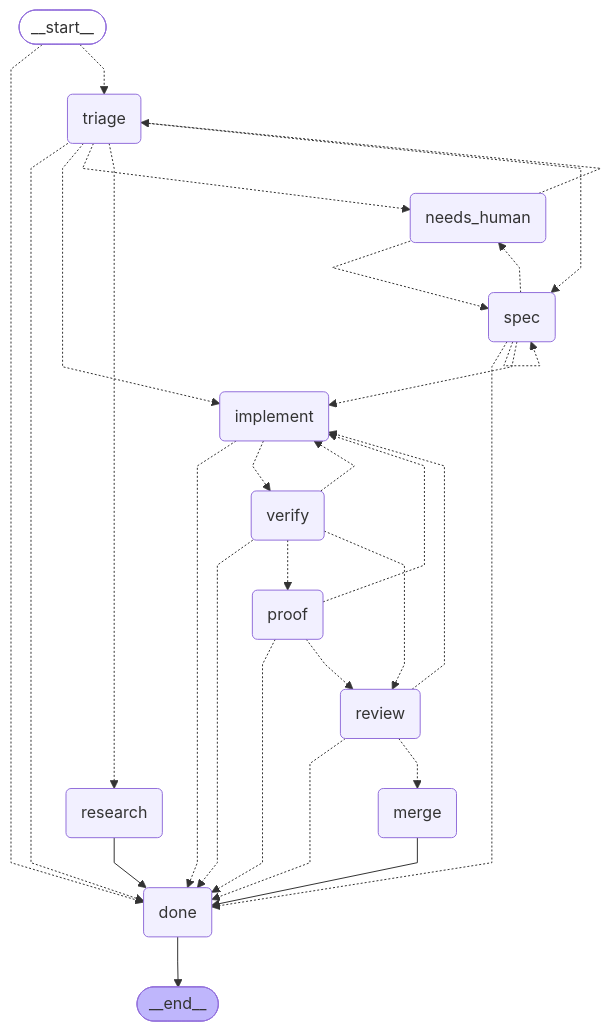
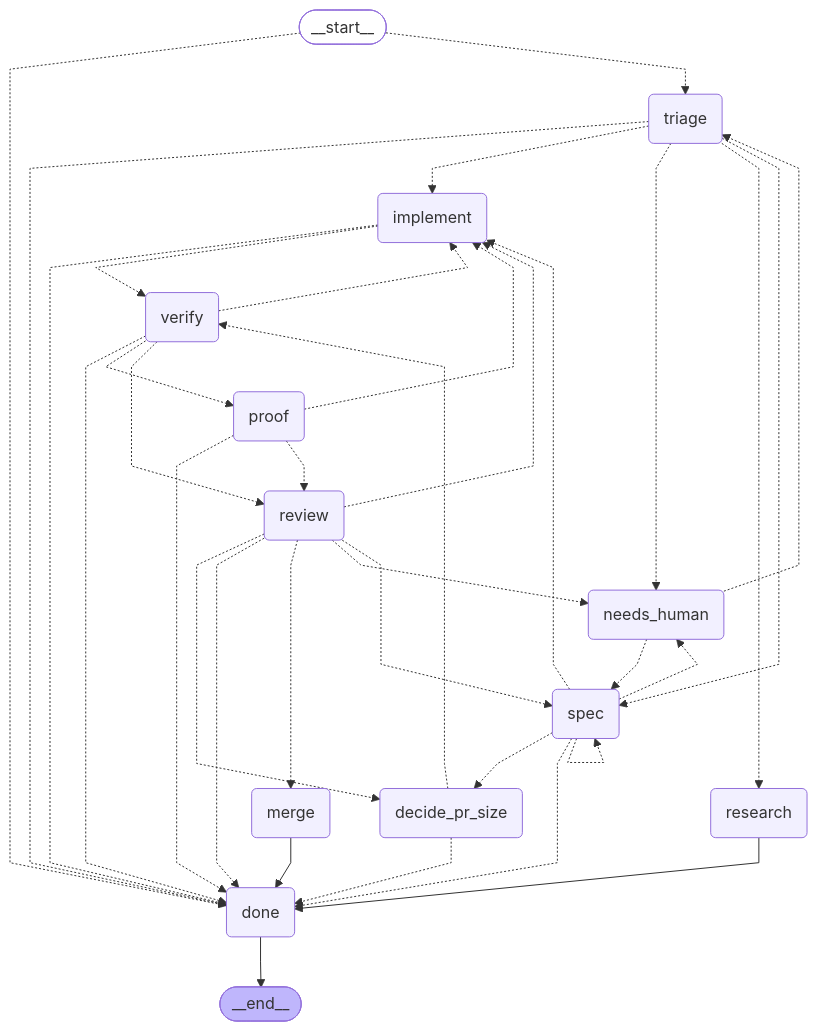
Before and after one commit to bookout-labs/tools: the diagram in README.md, drawn with Mermaid. The commit also changed other lines of this file and 13 other files, not shown here.

````diff
--- a/README.md
+++ b/README.md
@@ -9,52 +9,59 @@
 ```mermaid
 ---
 config:
   flowchart:
     curve: linear
 ---
 graph TD;
 	__start__([<p>__start__</p>]):::first
 	triage(triage)
 	research(research)
 	spec(spec)
 	implement(implement)
 	verify(verify)
 	review(review)
 	proof(proof)
 	needs_human(needs_human)
+	decide_pr_size(decide_pr_size)
 	merge(merge)
 	done(done)
 	__end__([<p>__end__</p>]):::last
 	__start__ -.-> done;
 	__start__ -.-> triage;
+	decide_pr_size -.-> done;
+	decide_pr_size -.-> verify;
 	implement -.-> done;
 	implement -.-> verify;
 	merge --> done;
 	needs_human -.-> spec;
 	needs_human -.-> triage;
 	proof -.-> done;
 	proof -.-> implement;
 	proof -.-> review;
 	research --> done;
+	review -.-> decide_pr_size;
 	review -.-> done;
 	review -.-> implement;
 	review -.-> merge;
+	review -.-> needs_human;
+	review -.-> spec;
+	spec -.-> decide_pr_size;
 	spec -.-> done;
 	spec -.-> implement;
 	spec -.-> needs_human;
 	triage -.-> done;
 	triage -.-> implement;
 	triage -.-> needs_human;
 	triage -.-> research;
 	triage -.-> spec;
-	spec -.-> spec;
 	verify -.-> done;
 	verify -.-> implement;
 	verify -.-> proof;
 	verify -.-> review;
 	done --> __end__;
+	spec -.-> spec;
 	classDef default fill:#f2f0ff,line-height:1.2
 	classDef first fill-opacity:0
 	classDef last fill:#bfb6fc
 
 ```
````
